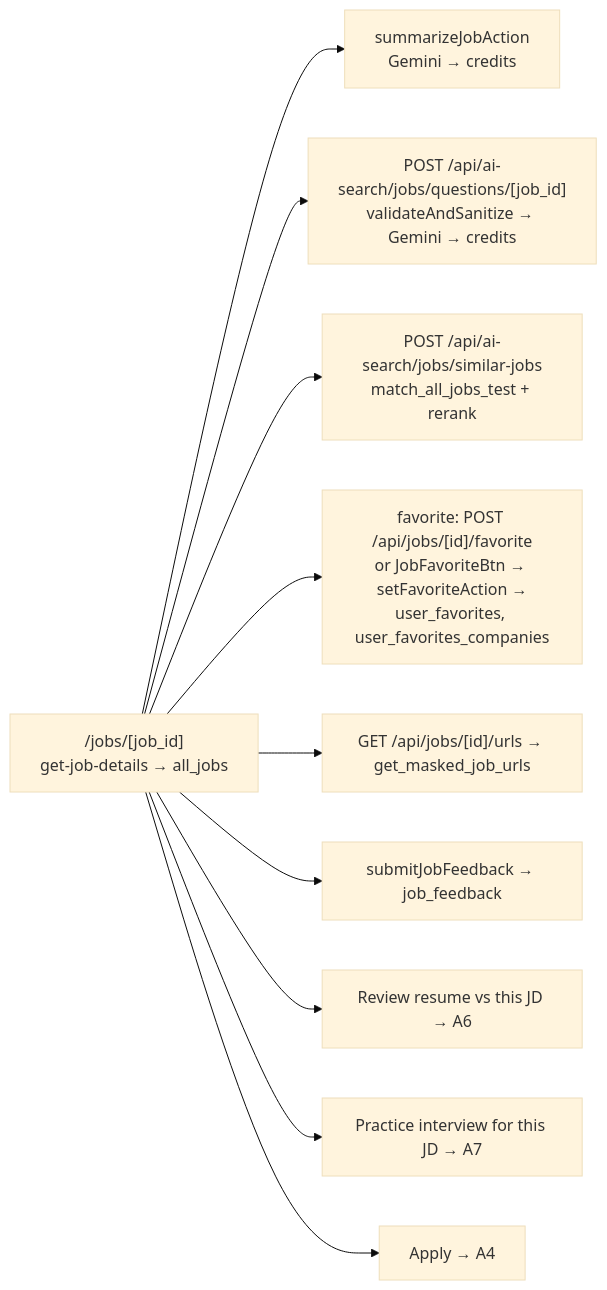
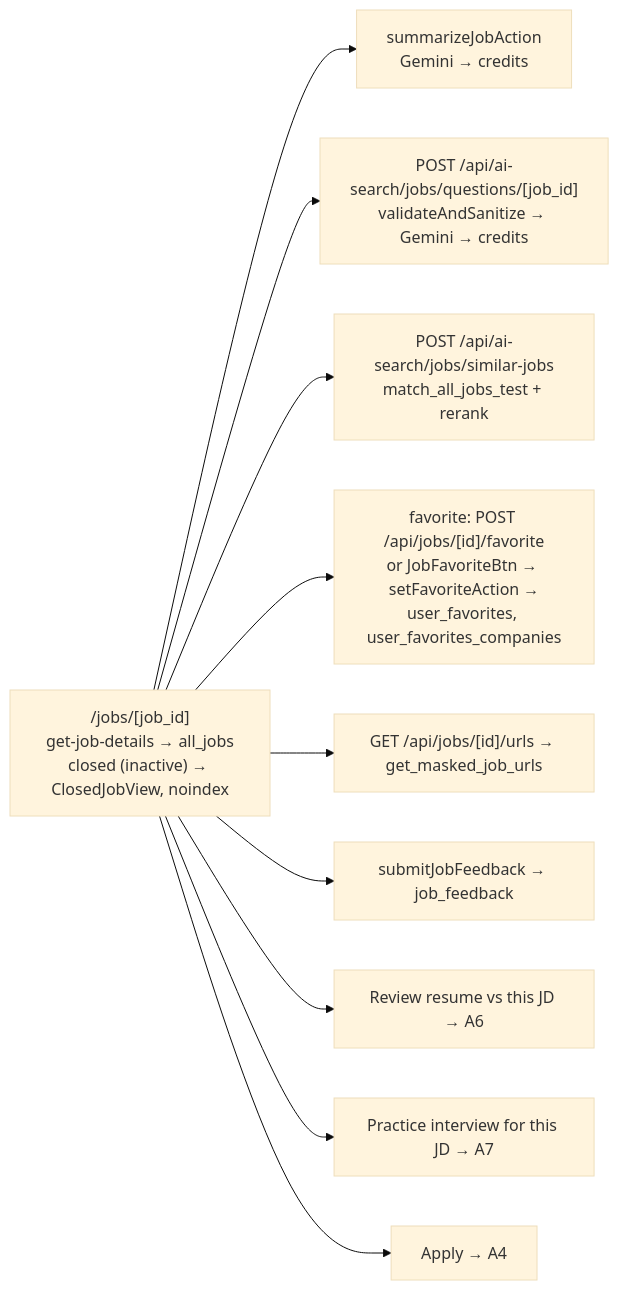
Before and after one commit to kVarunkk/GetHired: the fourth of 14 diagrams in docs/app-flows/02-applicant.md, drawn with Mermaid (base theme). The commit also changed other lines of this file and 30 other files, not shown here.

First line of the commit message:
feat(jobs): archive job posts that have applications; show closed jobs

````diff
--- a/docs/app-flows/02-applicant.md
+++ b/docs/app-flows/02-applicant.md
@@ -86,12 +86,12 @@
 ```mermaid
 flowchart LR
-  JP["/jobs/[job_id]<br/>get-job-details → all_jobs"] --> SUM["summarizeJobAction<br/>Gemini → credits"]
+  JP["/jobs/[job_id]<br/>get-job-details → all_jobs<br/>closed (inactive) → ClosedJobView, noindex"] --> SUM["summarizeJobAction<br/>Gemini → credits"]
   JP --> Q["POST /api/ai-search/jobs/questions/[job_id]<br/>validateAndSanitize → Gemini → credits"]
   JP --> SIM["POST /api/ai-search/jobs/similar-jobs<br/>match_all_jobs_test + rerank"]
   JP --> FAV["favorite: POST /api/jobs/[id]/favorite<br/>or JobFavoriteBtn → setFavoriteAction →<br/>user_favorites, user_favorites_companies"]
   JP --> URL["GET /api/jobs/[id]/urls → get_masked_job_urls"]
   JP --> FB["submitJobFeedback → job_feedback"]
   JP --> RV["Review resume vs this JD → A6"]
   JP --> IV["Practice interview for this JD → A7"]
   JP --> AP["Apply → A4"]
 ```
````
